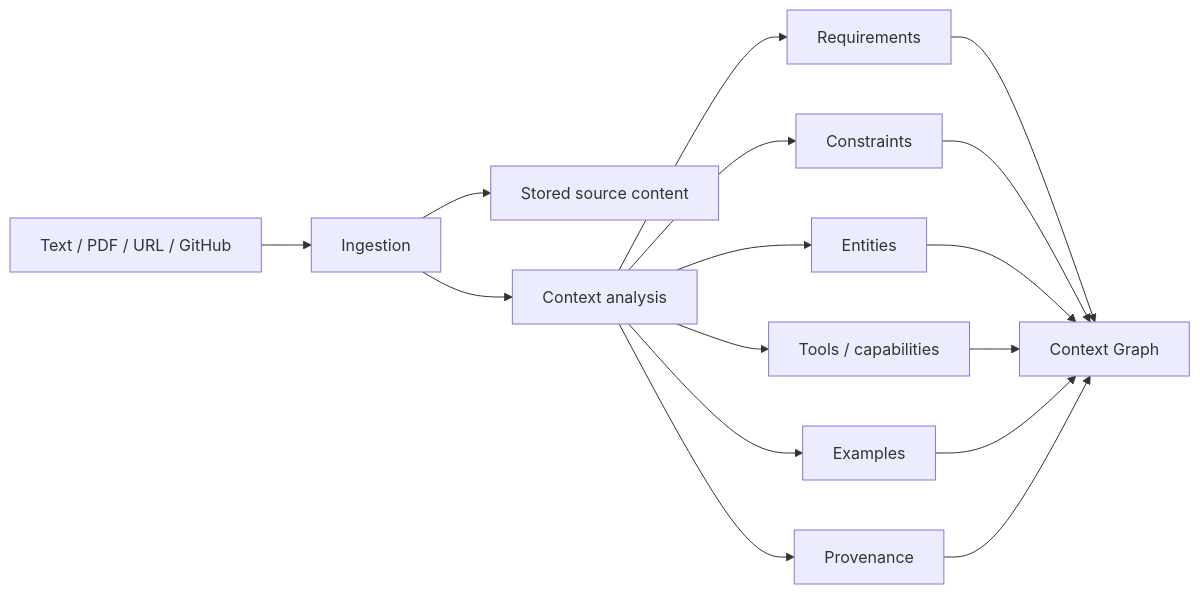
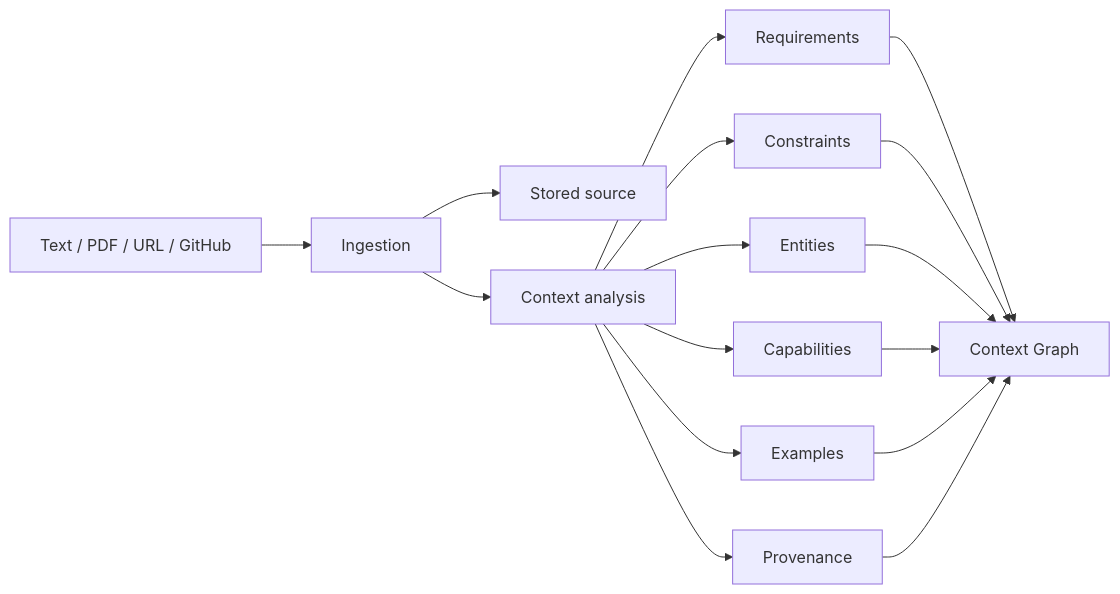
One commit to akashrajeev/Specloom changed the first of 4 diagrams in docs/ARCHITECTURE.md. Above: the diagram before and after it, drawn with Mermaid. The commit also changed other lines of this file and 7 other files, not shown here.

First line of the commit message:
docs: polish architecture and documentation

```diff
--- a/docs/ARCHITECTURE.md
+++ b/docs/ARCHITECTURE.md
@@ -153,18 +106,20 @@
 ~~~mermaid
 flowchart LR
-    SRC[Text / PDF / URL / GitHub] --> INGEST[Ingestion]
-    INGEST --> RAW[Stored source content]
-    INGEST --> ANALYZE[Context analysis]
-    ANALYZE --> REQ[Requirements]
-    ANALYZE --> CON[Constraints]
-    ANALYZE --> ENT[Entities]
-    ANALYZE --> TOOL[Tools / capabilities]
-    ANALYZE --> EX[Examples]
-    ANALYZE --> PROV[Provenance]
-    REQ --> GRAPH[Context Graph]
-    CON --> GRAPH
-    ENT --> GRAPH
-    TOOL --> GRAPH
-    EX --> GRAPH
-    PROV --> GRAPH
+    S[Text / PDF / URL / GitHub] --> I[Ingestion]
+    I --> R[Stored source]
+    I --> A[Context analysis]
+
+    A --> REQ[Requirements]
+    A --> CON[Constraints]
+    A --> ENT[Entities]
+    A --> CAP2[Capabilities]
+    A --> EX[Examples]
+    A --> PROV[Provenance]
+
+    REQ --> G[Context Graph]
+    CON --> G
+    ENT --> G
+    CAP2 --> G
+    EX --> G
+    PROV --> G
 ~~~
```
